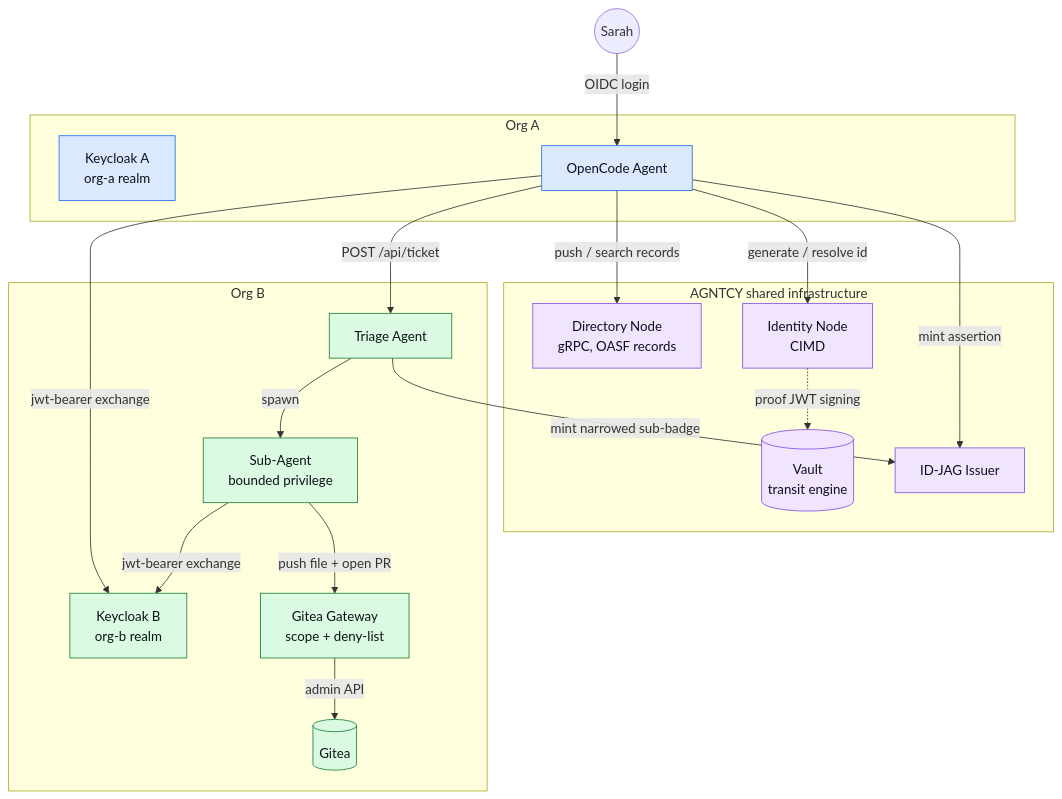
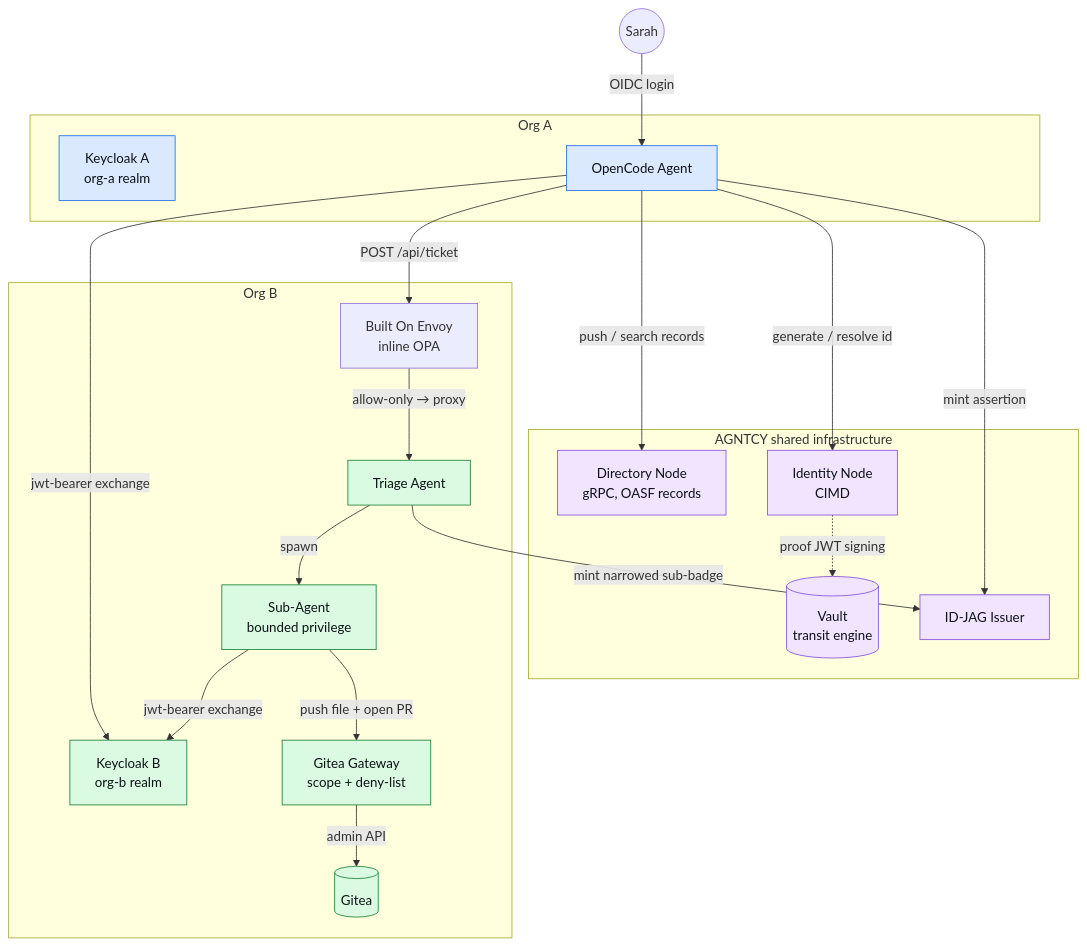
Before and after one commit to agntcy/agent-identity-demos: the first of 2 diagrams in cross-domain-id-jag-vc/README.md, drawn with Mermaid. The commit also changed other lines of this file and 5 other files, not shown here.

Commit message:
add Built On Envoy milestone 1 gateway

````diff
--- a/cross-domain-id-jag-vc/README.md
+++ b/cross-domain-id-jag-vc/README.md
@@ -42,44 +43,46 @@
 ```mermaid
 flowchart TB
     Sarah(("Sarah"))
 
     subgraph OrgA[" Org A "]
         KCA["Keycloak A\norg-a realm"]
         OC["OpenCode Agent"]
     end
 
     subgraph AGNTCY[" AGNTCY shared infrastructure "]
         Dir["Directory Node\ngRPC, OASF records"]
         IdNode["Identity Node\nCIMD"]
         Vault[("Vault\ntransit engine")]
         IDJAG["ID-JAG Issuer"]
     end
 
     subgraph OrgB[" Org B "]
         KCB["Keycloak B\norg-b realm"]
+        Envoy["Built On Envoy\ninline OPA"]
         Triage["Triage Agent"]
         Sub["Sub-Agent\nbounded privilege"]
         GW["Gitea Gateway\nscope + deny-list"]
         Gitea[("Gitea")]
     end
 
     Sarah -->|"OIDC login"| OC
     OC -->|"push / search records"| Dir
     OC -->|"generate / resolve id"| IdNode
     IdNode -.->|"proof JWT signing"| Vault
     OC -->|"mint assertion"| IDJAG
     OC -->|"jwt-bearer exchange"| KCB
-    OC -->|"POST /api/ticket"| Triage
+    OC -->|"POST /api/ticket"| Envoy
+    Envoy -->|"allow-only → proxy"| Triage
     Triage -->|"mint narrowed sub-badge"| IDJAG
     Triage -->|"spawn"| Sub
     Sub -->|"jwt-bearer exchange"| KCB
     Sub -->|"push file + open PR"| GW
     GW -->|"admin API"| Gitea
 
     classDef orgA fill:#dbe9fe,stroke:#1f6feb,color:#0d1117;
     classDef orgB fill:#dafbe1,stroke:#1a7f37,color:#0d1117;
     classDef shared fill:#f1e4ff,stroke:#8250df,color:#0d1117;
     class KCA,OC orgA;
     class KCB,Triage,Sub,GW,Gitea orgB;
     class Dir,IdNode,Vault,IDJAG shared;
 ```
````
